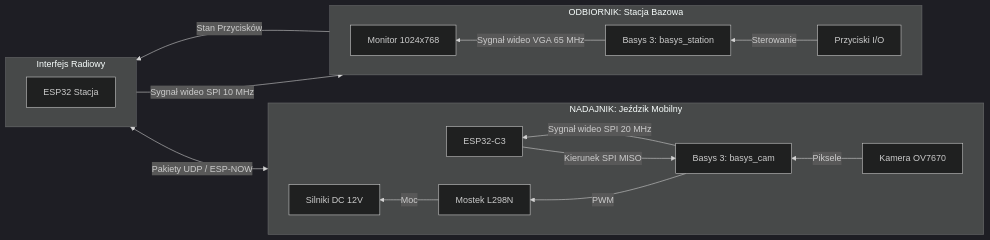
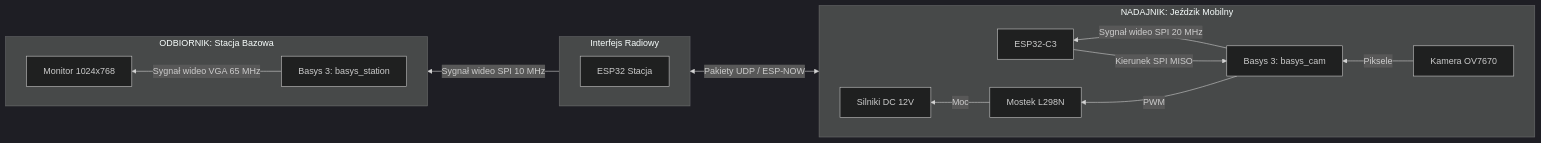
The diagram in README.md (SzymonWarmiak/uec_projekt_wireless_camera_transfer), drawn with Mermaid (dark theme) before and after one commit. The commit also changed other lines of this file and 1 other file, not shown here.

````diff
--- a/README.md
+++ b/README.md
@@ -30,24 +30,22 @@
 ```mermaid
 flowchart RL
   subgraph Robot [NADAJNIK: Jeździk Mobilny]
     direction RL
     OV7670[Kamera OV7670] -->|Piksele| FPGA_C[Basys 3: basys_cam]
     FPGA_C -->|Sygnał wideo SPI 20 MHz| ESP_C[ESP32-C3]
     ESP_C -->|Kierunek SPI MISO| FPGA_C
     FPGA_C -->|PWM| L298N[Mostek L298N]
     L298N -->|Moc| Motors[Silniki DC 12V]
   end
 
   subgraph Radio [Interfejs Radiowy]
     direction RL
     ESP_C <-->|Pakiety UDP / ESP-NOW| ESP_S[ESP32 Stacja]
   end
 
   subgraph Station [ODBIORNIK: Stacja Bazowa]
     direction RL
     ESP_S -->|Sygnał wideo SPI 10 MHz| FPGA_S[Basys 3: basys_station]
     FPGA_S -->|Sygnał wideo VGA 65 MHz| VGA[Monitor 1024x768]
-    Btns[Przyciski I/O] -->|Sterowanie| FPGA_S
-    FPGA_S -->|Stan Przycisków| ESP_S
   end
 ```
````
